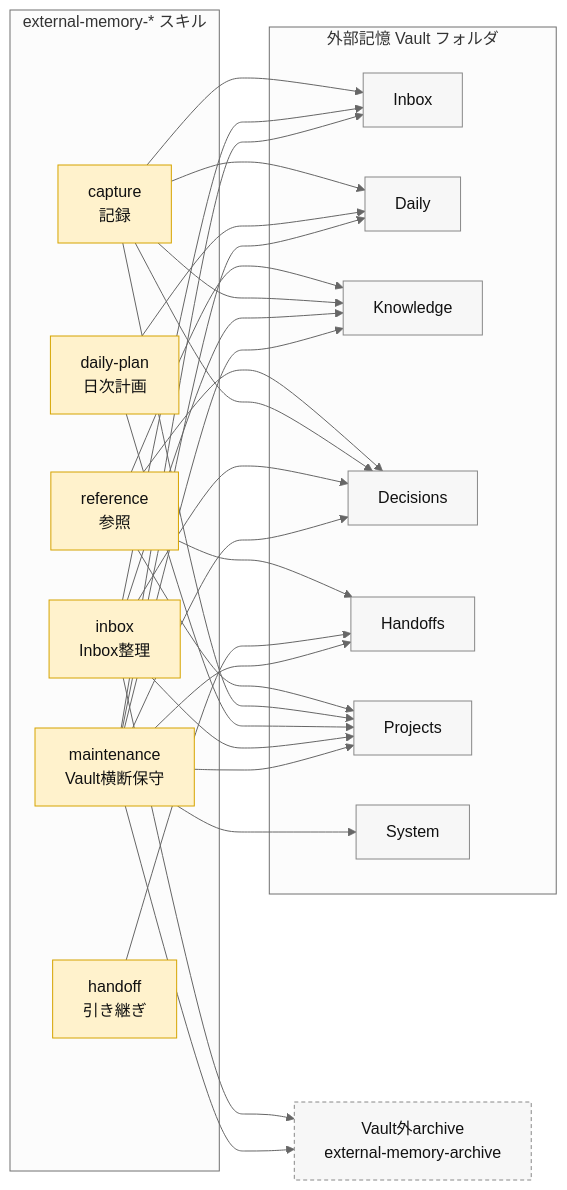
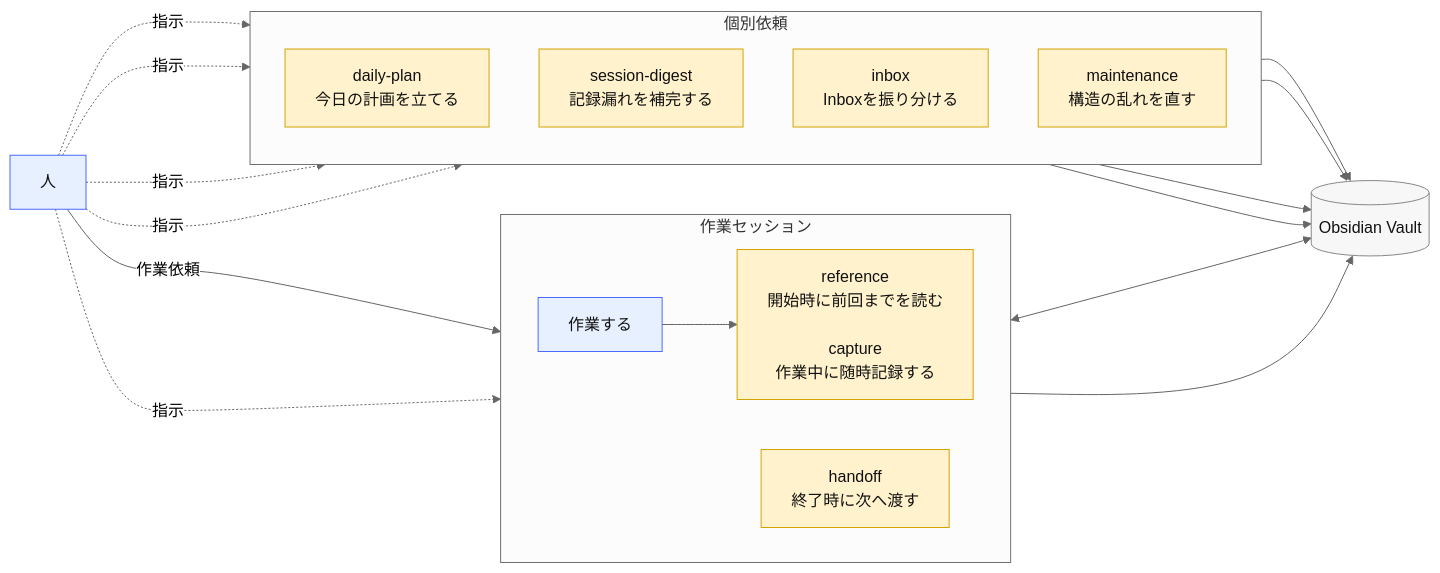
One commit to GKLFBOX/agent-config changed the second of 3 diagrams in vault/Home.md. Above: the diagram before and after it, drawn with Mermaid (neutral theme). The commit also changed other lines of this file and 18 other files, not shown here.

````diff
--- a/vault/Home.md
+++ b/vault/Home.md
@@ -54,58 +56,42 @@
 ```mermaid
 flowchart LR
-    subgraph Skills["external-memory-* スキル"]
-        Reference["reference<br/>参照"]
-        Capture["capture<br/>記録"]
-        Handoff["handoff<br/>引き継ぎ"]
-        DailyPlan["daily-plan<br/>日次計画"]
-        InboxSkill["inbox<br/>Inbox整理"]
-        Maintenance["maintenance<br/>Vault横断保守"]
+    Human["人"]
+
+    subgraph Session["作業セッション"]
+        direction LR
+        Work["作業する"] --> RefCap["reference<br/>開始時に前回までを読む<br/><br/>capture<br/>作業中に随時記録する"]
+        Hand["handoff<br/>終了時に次へ渡す"]
     end
 
-    subgraph Vault["外部記憶 Vault フォルダ"]
-        Inbox["Inbox"]
-        Daily["Daily"]
-        Knowledge["Knowledge"]
-        Decisions["Decisions"]
-        Handoffs["Handoffs"]
-        Projects["Projects"]
-        System["System"]
+    Vault[("Obsidian Vault")]
+
+    subgraph Standalone["個別依頼"]
+        direction TB
+        Plan["daily-plan<br/>今日の計画を立てる"]
+        Digest["session-digest<br/>記録漏れを補完する"]
+        InboxSkill["inbox<br/>Inboxを振り分ける"]
+        Maint["maintenance<br/>構造の乱れを直す"]
     end
 
-    Archive["Vault外archive<br/>external-memory-archive"]
+    RefCap <--> Vault
+    Hand --> Vault
 
-    Reference --> Projects
-    Reference --> Knowledge
-    Reference --> Decisions
-    Reference --> Handoffs
+    Human --->|作業依頼| Work
+    Human -.->|指示| Hand
+    Human -.->|指示| Plan
+    Human -.->|指示| Digest
+    Human -.->|指示| InboxSkill
+    Human -.->|指示| Maint
 
-    Capture --> Inbox
-    Capture --> Daily
-    Capture --> Projects
-    Capture --> Knowledge
-    Capture --> Decisions
-
-    Handoff --> Handoffs
-    DailyPlan --> Daily
-    DailyPlan --> Projects
-    InboxSkill --> Inbox
-    InboxSkill --> Projects
-    InboxSkill --> Knowledge
-    InboxSkill --> Decisions
-    InboxSkill --> Archive
-    Maintenance --> Inbox
-    Maintenance --> Daily
-    Maintenance --> Projects
-    Maintenance --> Knowledge
-    Maintenance --> Decisions
-    Maintenance --> Handoffs
-    Maintenance --> System
-    Maintenance --> Archive
+    Plan --> Vault
+    Digest --> Vault
+    InboxSkill --> Vault
+    Maint --> Vault
 
     classDef skill fill:#fff2cc,stroke:#d6a400,color:#111;
-    classDef folder fill:#f7f7f7,stroke:#888,color:#111;
-    class Reference,Capture,Handoff,DailyPlan,InboxSkill,Maintenance skill;
-    class Inbox,Daily,Knowledge,Decisions,Handoffs,Projects,System folder;
-    classDef external fill:#f7f7f7,stroke:#888,color:#111,stroke-dasharray:4 3;
-    class Archive external;
+    classDef data fill:#f7f7f7,stroke:#888,color:#111;
+    classDef actor fill:#e7f0ff,stroke:#4b6bff,color:#111;
+    class RefCap,Hand,Plan,Digest,InboxSkill,Maint skill;
+    class Vault data;
+    class Human,Work actor;
 ```
````
